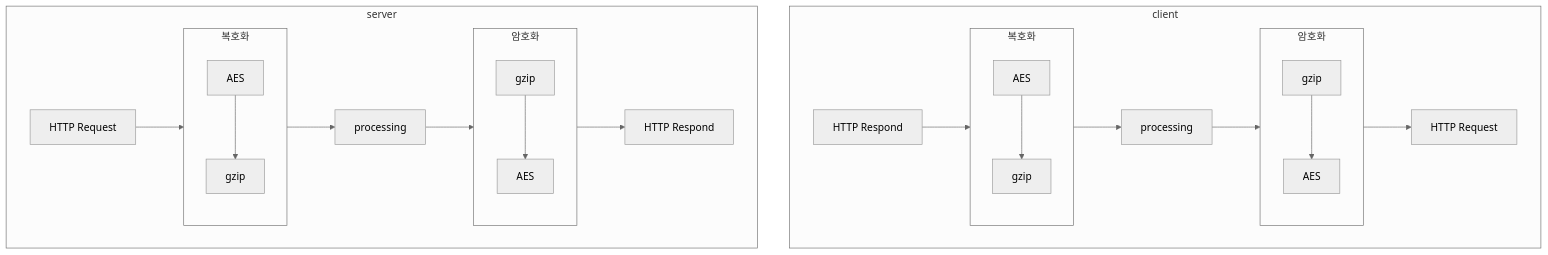
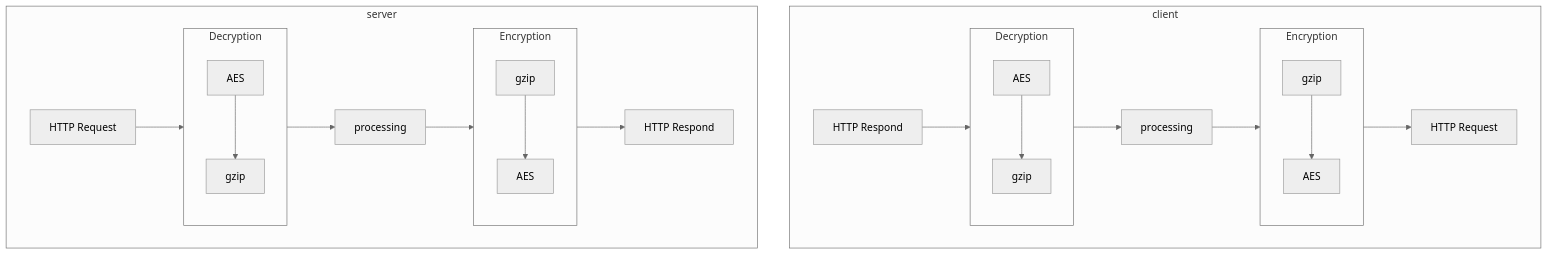
One commit to fluffy-melli/MoliDB changed the first of 3 diagrams in README.md. Above: the diagram before and after it, drawn with Mermaid (neutral theme). The commit also changed other lines of this file and 1 other file, not shown here.

````diff
--- a/README.md
+++ b/README.md
@@ -115,24 +117,24 @@
 ```mermaid
 graph TD
-    subgraph c_crypto[암호화]
+    subgraph c_crypto[Encryption]
         BGZIP[gzip] --> BAES[AES]
     end
-    subgraph cb_crypto[복호화]
+    subgraph cb_crypto[Decryption]
         CBAES[AES] --> CBGZIP[gzip]
     end
-    subgraph s_crypto[암호화]
+    subgraph s_crypto[Encryption]
         AGZIP[gzip] --> AAES[AES]
     end
-    subgraph sb_crypto[복호화]
+    subgraph sb_crypto[Decryption]
         CAAES[AES] --> CAGZIP[gzip]
     end
 
     subgraph client
         Respond0[HTTP Respond] --> cb_crypto --> G0[processing]
         G0 --> c_crypto --> Request0[HTTP Request]
     end
     subgraph server
         Request1[HTTP Request] --> sb_crypto --> G1[processing]
         G1 --> s_crypto --> Respond1[HTTP Respond]
     end
 ```
````
